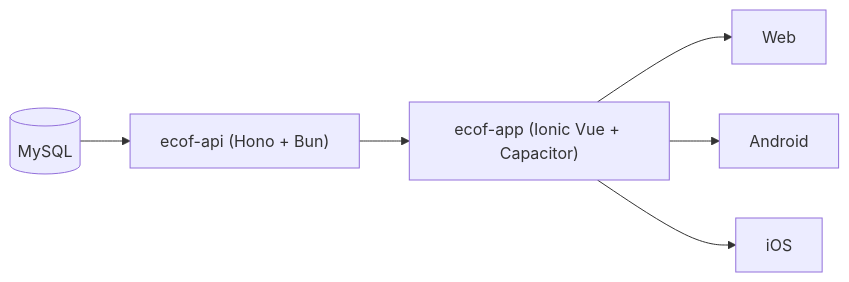
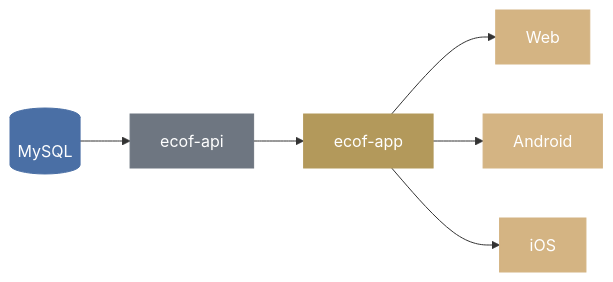
One commit to orthodoxie-et-occident/ecof-api changed the diagram in .github/README.md. Above: the diagram before and after it, drawn with Mermaid.

Commit message:
Edit readme diagram

````diff
--- a/.github/README.md
+++ b/.github/README.md
@@ -25,8 +25,18 @@
 ```mermaid
 flowchart LR
-    DB[(MySQL)] --> API["ecof-api (Hono + Bun)"]
-    API --> APP["ecof-app (Ionic Vue + Capacitor)"]
+    DB[(MySQL)] --> API["ecof-api"]
+    API --> APP["ecof-app"]
     APP --> WEB["Web"]
     APP --> AND["Android"]
     APP --> IOS["iOS"]
+ 
+    classDef db fill:#4A6FA5,stroke:#4A6FA5,color:#fff
+    classDef api fill:#6E7681,stroke:#6E7681,color:#fff
+    classDef app fill:#B3995B,stroke:#B3995B,color:#fff
+    classDef device fill:#D4B483,stroke:#D4B483,color:#fff
+ 
+    class DB db
+    class API api
+    class APP app
+    class WEB,AND,IOS device
 ```
````
